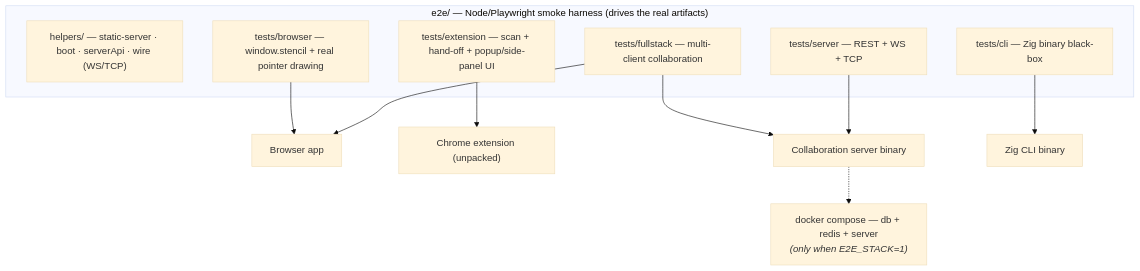
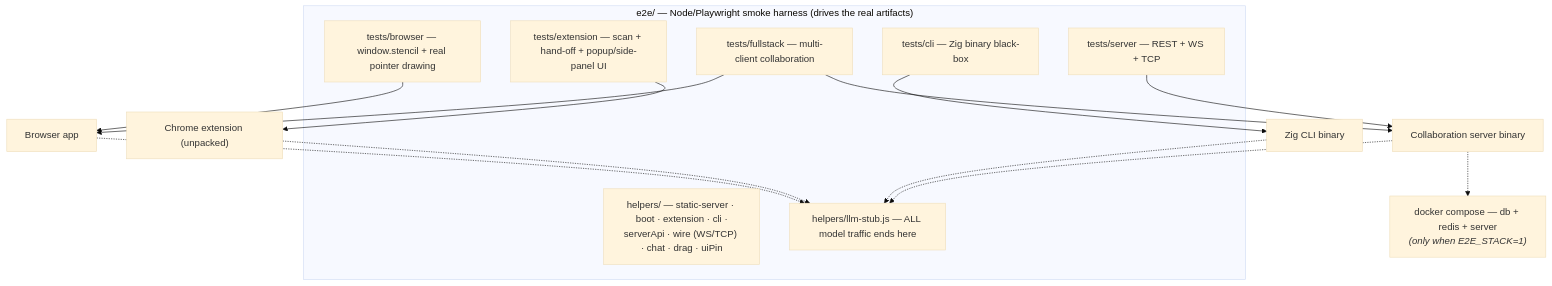
One commit to andrew1407/stencil changed the diagram in e2e/README.md. Above: the diagram before and after it, drawn with Mermaid (base theme). The commit also changed other lines of this file and 3128 other files, not shown here.

````diff
--- a/e2e/README.md
+++ b/e2e/README.md
@@ -16,24 +16,29 @@
 ```mermaid
 graph TD
     subgraph E2E["e2e/ — Node/Playwright smoke harness (drives the real artifacts)"]
-      HELP["helpers/ — static-server · boot · serverApi · wire (WS/TCP)"]
+      HELP["helpers/ — static-server · boot · extension · cli ·<br/>serverApi · wire (WS/TCP) · chat · drag · uiPin"]
       TB["tests/browser — window.stencil + real pointer drawing"]
       TE["tests/extension — scan + hand-off + popup/side-panel UI"]
       TF["tests/fullstack — multi-client collaboration"]
       TS["tests/server — REST + WS + TCP"]
       TC["tests/cli — Zig binary black-box"]
+      STUB["helpers/llm-stub.js — ALL model traffic ends here"]
     end
     WEB["Browser app"]
     EXT["Chrome extension (unpacked)"]
     SRV["Collaboration server binary"]
     CLI["Zig CLI binary"]
     STACK["docker compose — db + redis + server<br/><i>(only when E2E_STACK=1)</i>"]
 
     TB --> WEB
     TE --> EXT
     TF --> WEB
     TF --> SRV
     TS --> SRV
     TC --> CLI
+    WEB -.-> STUB
+    EXT -.-> STUB
+    CLI -.-> STUB
+    SRV -.-> STUB
     SRV -.-> STACK
 ```
````
